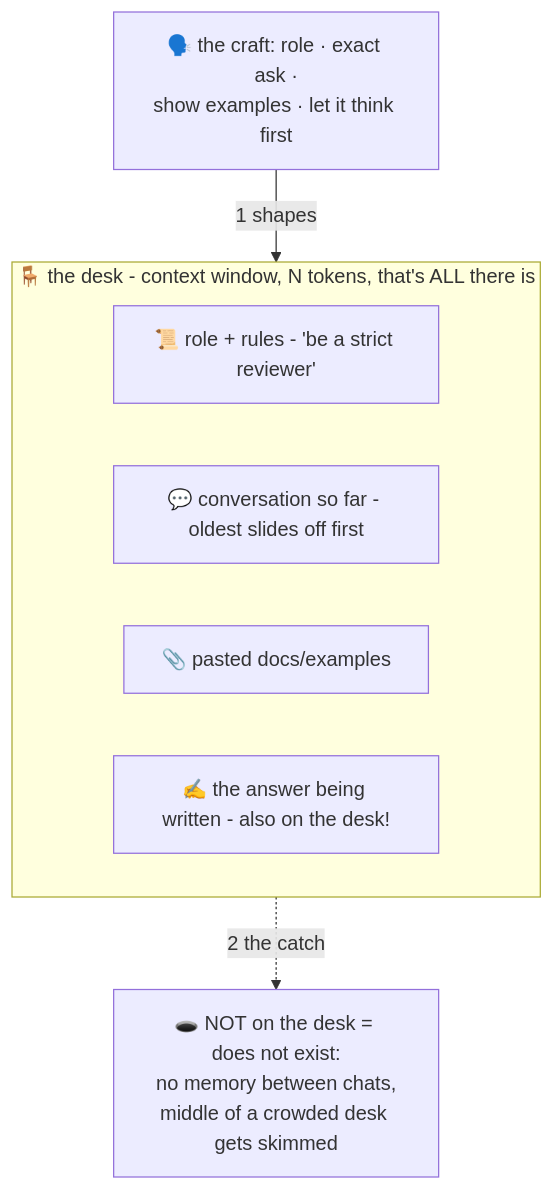
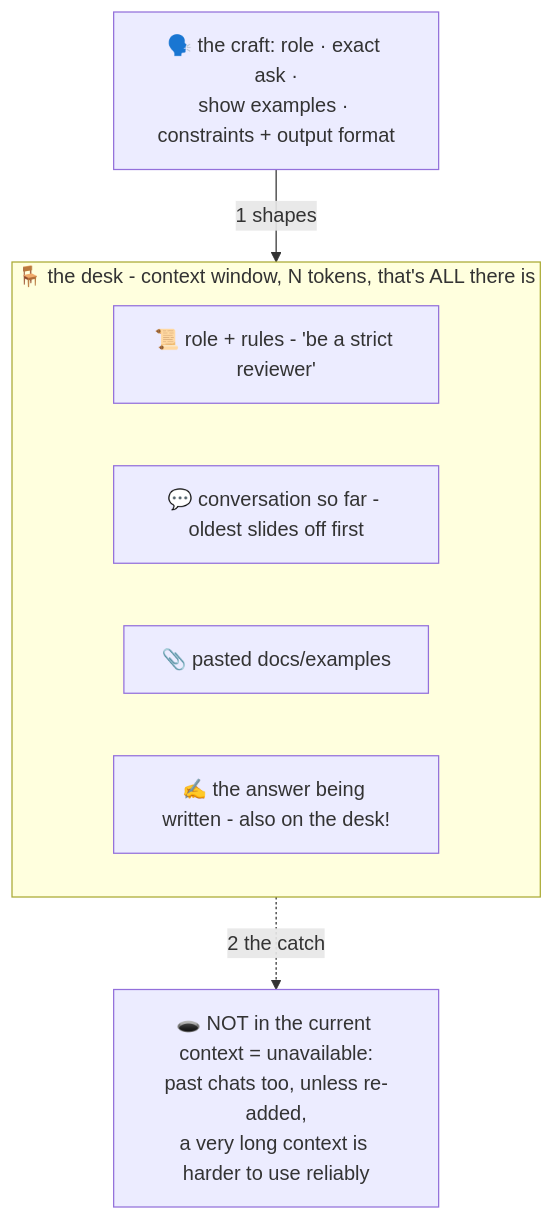
One commit to BaluRaut/learn-ai-school changed the diagram in lessons/08-prompting-context/README.md. Above: the diagram before and after it, drawn with Mermaid. The commit also changed other lines of this file and 4 other files, not shown here.

Commit message:
Review: attention example now resolves it → ball (demo + diagram + text); temperature, LoRA, prompting, RAG and agent-loop wording

````diff
--- a/lessons/08-prompting-context/README.md
+++ b/lessons/08-prompting-context/README.md
@@ -40,13 +41,13 @@
 ```mermaid
 flowchart TB
     subgraph desk["🪑 the desk - context window, N tokens, that's ALL there is"]
         sys["📜 role + rules - 'be a strict reviewer'"]
         conv["💬 conversation so far - oldest slides off first"]
         doc["📎 pasted docs/examples"]
         ans["✍️ the answer being written - also on the desk!"]
     end
-    tips["🗣️ the craft: role · exact ask ·<br/>show examples · let it think first"]
-    lost["🕳️ NOT on the desk = does not exist:<br/>no memory between chats,<br/>middle of a crowded desk gets skimmed"]
+    tips["🗣️ the craft: role · exact ask ·<br/>show examples · constraints + output format"]
+    lost["🕳️ NOT in the current context = unavailable:<br/>past chats too, unless re-added,<br/>a very long context is harder to use reliably"]
     tips -->|"1 shapes"| desk
     desk -.->|"2 the catch"| lost
 ```
````
